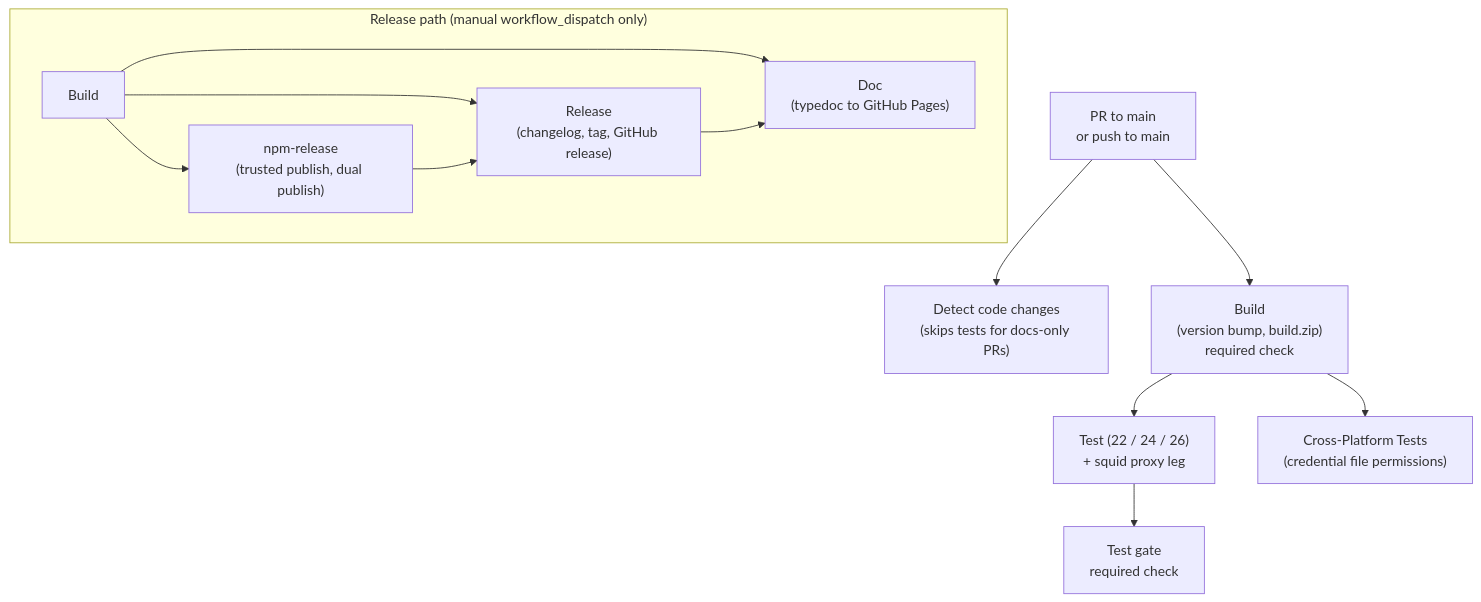
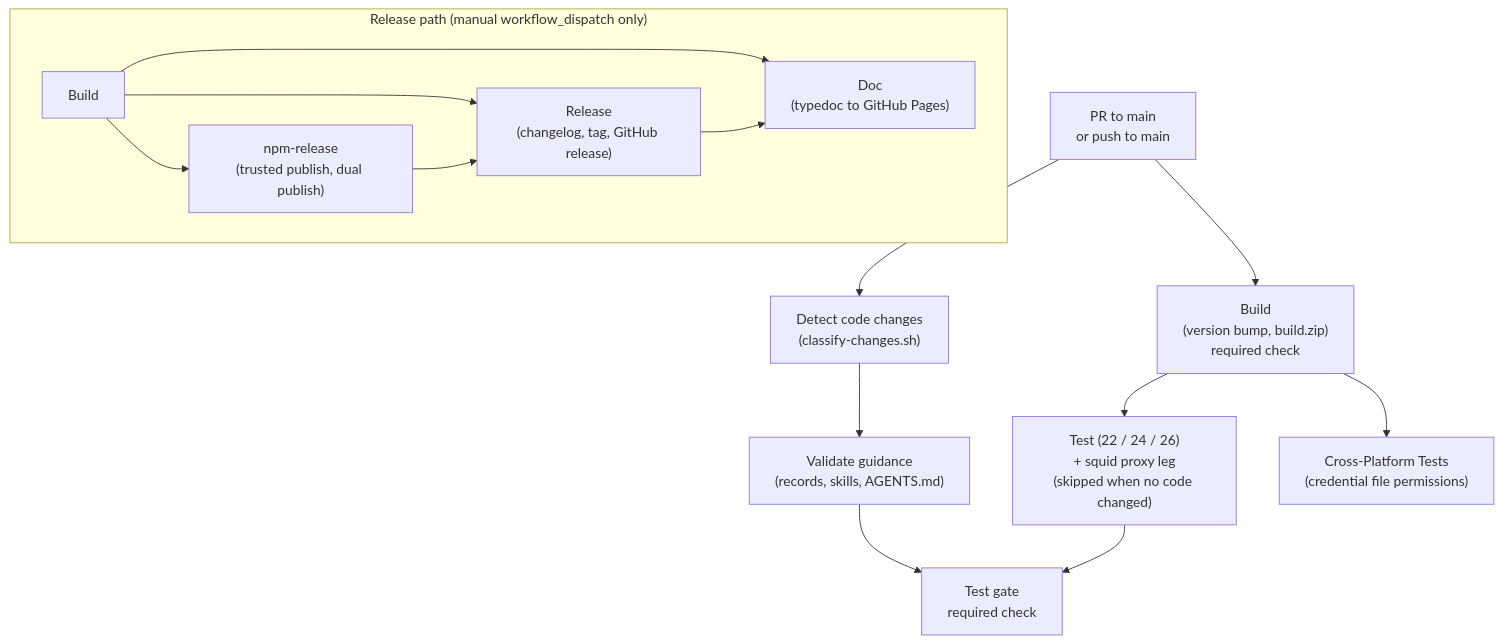
The diagram in PIPELINE.md (rockcarver/frodo-lib), drawn with Mermaid before and after one commit. The commit also changed other lines of this file and 5 other files, not shown here.

````diff
--- a/PIPELINE.md
+++ b/PIPELINE.md
@@ -14,16 +14,18 @@
 ```mermaid
 flowchart TD
-    PR["PR to main<br/>or push to main"] --> CH["Detect code changes<br/>(skips tests for docs-only PRs)"]
+    PR["PR to main<br/>or push to main"] --> CH["Detect code changes<br/>(classify-changes.sh)"]
     PR --> B["Build<br/>(version bump, build.zip)<br/>required check"]
-    B --> T["Test (22 / 24 / 26)<br/>+ squid proxy leg"]
+    CH --> G["Validate guidance<br/>(records, skills, AGENTS.md)"]
+    B --> T["Test (22 / 24 / 26)<br/>+ squid proxy leg<br/>(skipped when no code changed)"]
     B --> CP["Cross-Platform Tests<br/>(credential file permissions)"]
     T --> TG["Test gate<br/>required check"]
+    G --> TG
 
     subgraph RELPATH ["Release path (manual workflow_dispatch only)"]
         B2["Build"] --> NR["npm-release<br/>(trusted publish, dual publish)"]
         B2 --> R["Release<br/>(changelog, tag, GitHub release)"]
         NR --> R
         B2 --> DOC["Doc<br/>(typedoc to GitHub Pages)"]
         R --> DOC
     end
 ```
````
